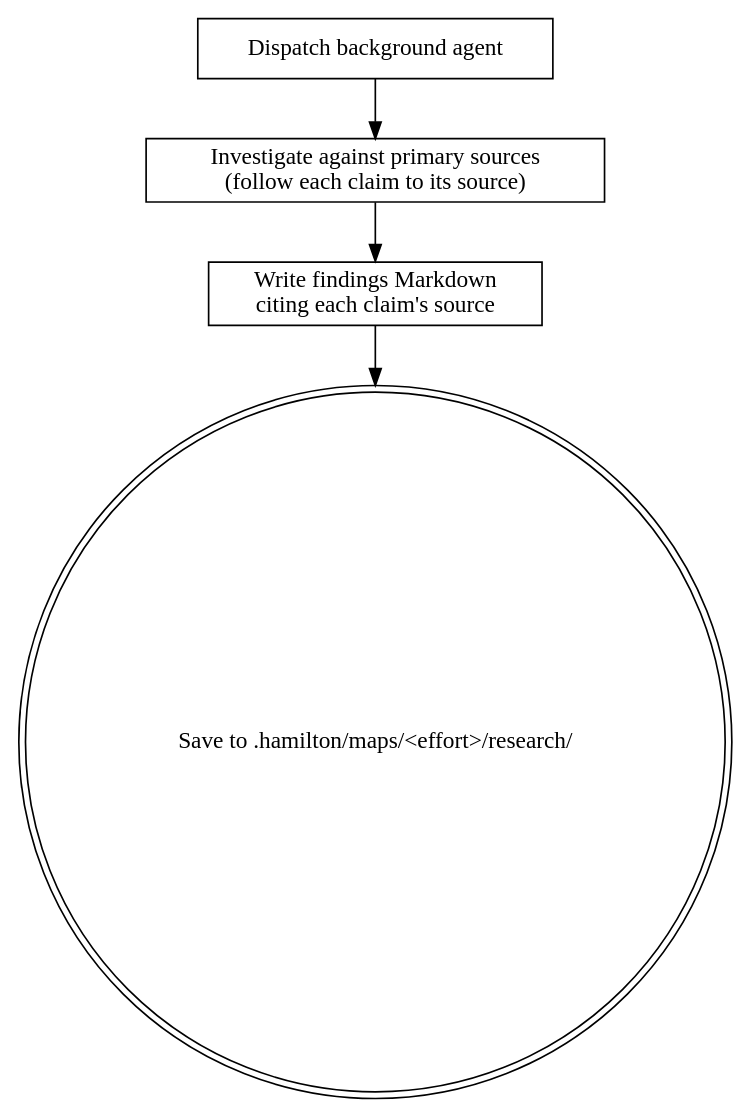
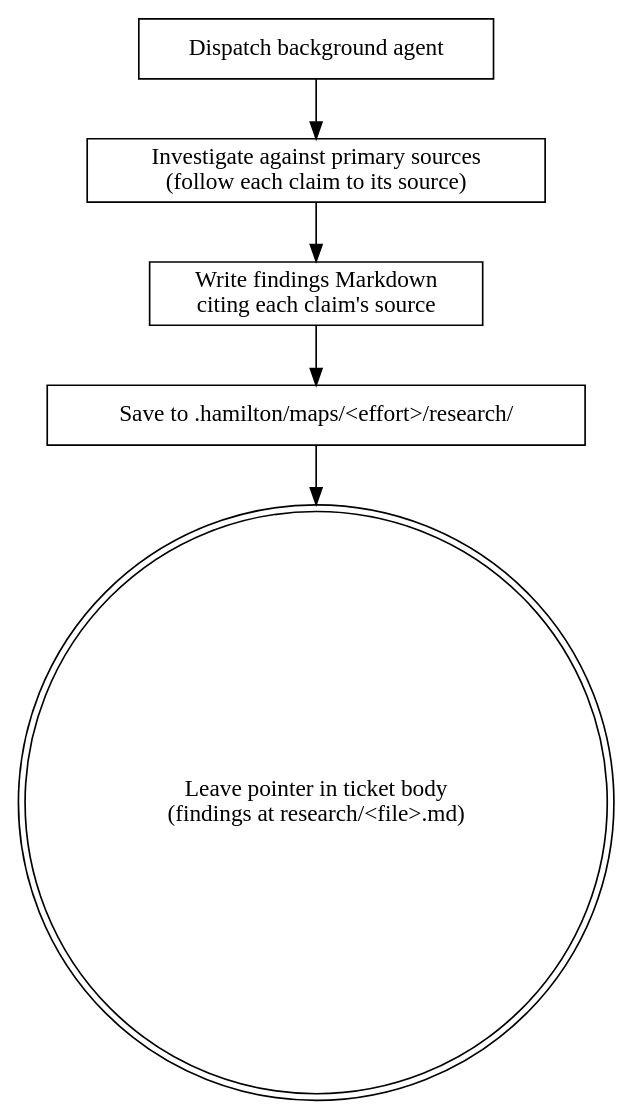
The diagram in skills/hamilton-wayfinder-research/SKILL.md (caiorcferreira/hamilton), drawn with Graphviz before and after one commit. The commit also changed other lines of this file and 1 other file, not shown here.

Commit message:
feat(wayfinder): close the research return path
Research findings previously landed in research/ with no step resolving
the ticket. The work loop's Load-the-map step now distills returned
findings into the ticket's Answer, links the file, resolves the ticket,
and gists to the map; the research skill leaves a pointer in the ticket.

Action 5 of wayfinder-skills-action-plan.md.

Claude-Session: https://claude.ai/code/session_016QEiFwULPjcX4Q5RQkDWY7

````diff
--- a/skills/hamilton-wayfinder-research/SKILL.md
+++ b/skills/hamilton-wayfinder-research/SKILL.md
@@ -16,12 +17,14 @@
 ```dot
 digraph hamilton_wayfinder_research {
     "Dispatch background agent" [shape=box];
     "Investigate against primary sources\n(follow each claim to its source)" [shape=box];
     "Write findings Markdown\nciting each claim's source" [shape=box];
-    "Save to .hamilton/maps/<effort>/research/" [shape=doublecircle];
+    "Save to .hamilton/maps/<effort>/research/" [shape=box];
+    "Leave pointer in ticket body\n(findings at research/<file>.md)" [shape=doublecircle];
 
     "Dispatch background agent" -> "Investigate against primary sources\n(follow each claim to its source)";
     "Investigate against primary sources\n(follow each claim to its source)" -> "Write findings Markdown\nciting each claim's source";
     "Write findings Markdown\nciting each claim's source" -> "Save to .hamilton/maps/<effort>/research/";
+    "Save to .hamilton/maps/<effort>/research/" -> "Leave pointer in ticket body\n(findings at research/<file>.md)";
 }
 ```
````
